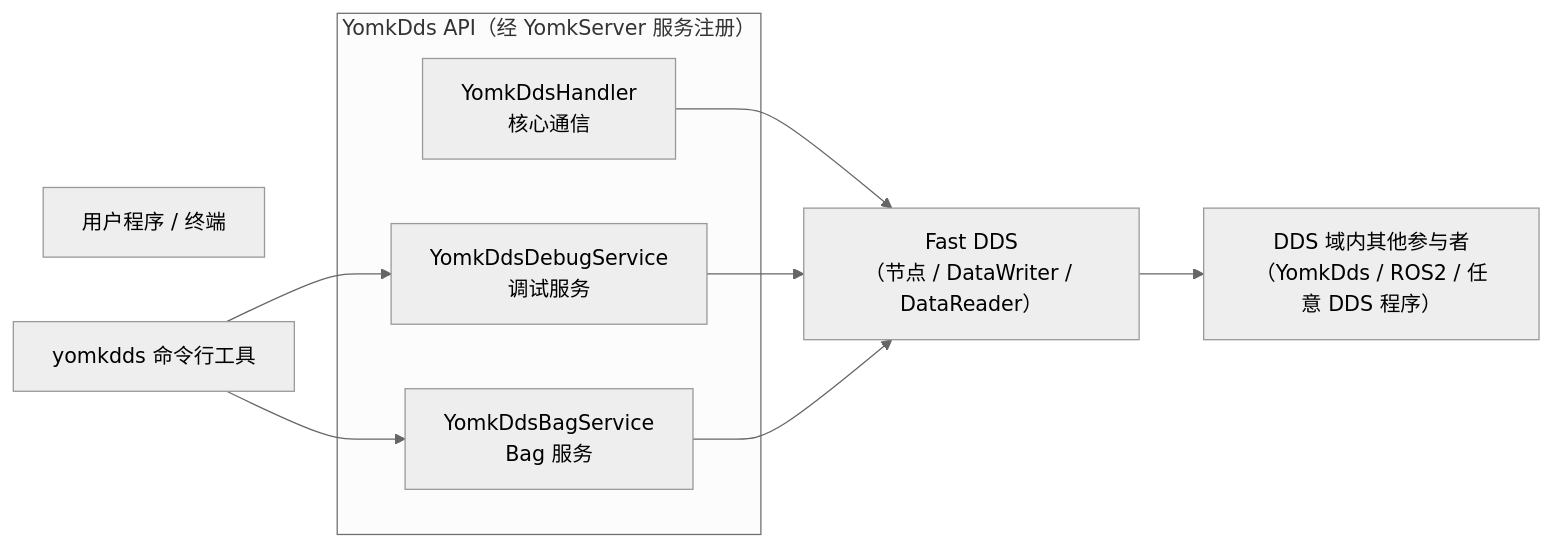
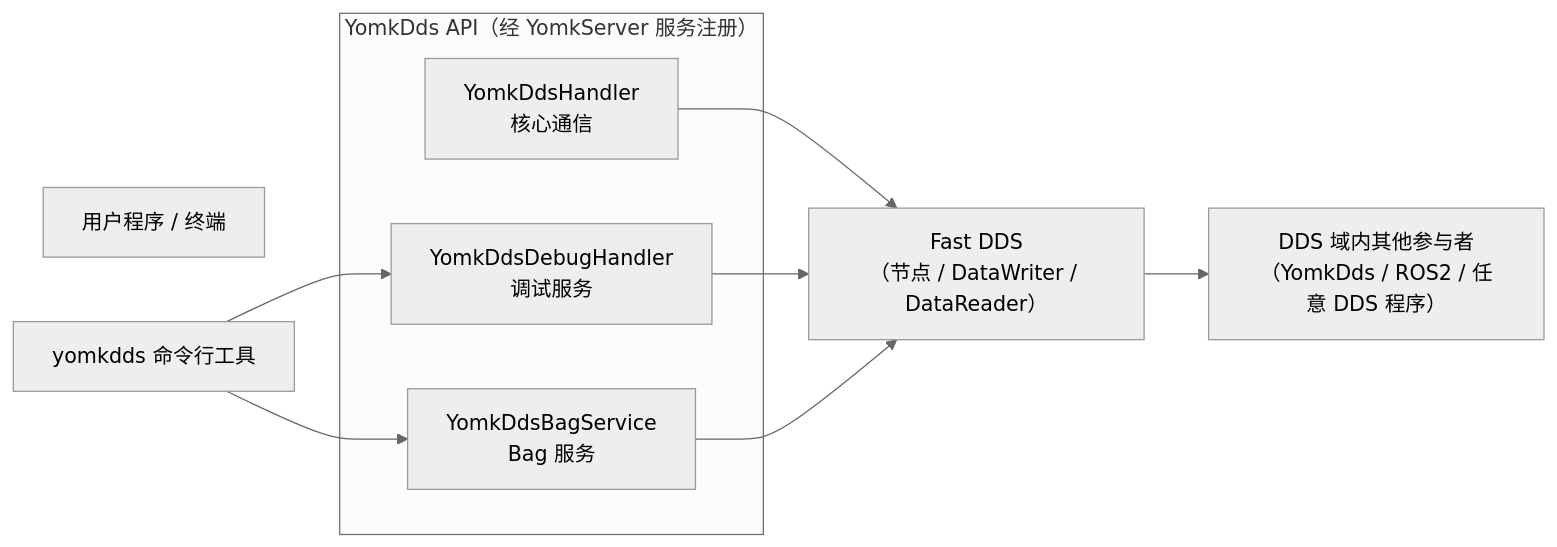
Before and after one commit to Solitude-5309/YomkDds: the diagram in docs/features/README.md, drawn with Mermaid (neutral theme). The commit also changed other lines of this file and 24 other files, not shown here.

Commit message:
refactor!: rename debug suite to YomkDdsDebugHandler and move routes to /YomkDdsDebugHandler/*

````diff
--- a/docs/features/README.md
+++ b/docs/features/README.md
@@ -12,19 +12,19 @@
 ```mermaid
 flowchart LR
     U["用户程序 / 终端"]
 
     subgraph YomkDds["YomkDds API（经 YomkServer 服务注册）"]
         S1["YomkDdsHandler<br>核心通信"]
-        S2["YomkDdsDebugService<br>调试服务"]
+        S2["YomkDdsDebugHandler<br>调试服务"]
         S3["YomkDdsBagService<br>Bag 服务"]
     end
 
     CLI["yomkdds 命令行工具"]
 
     S1 --> D["Fast DDS<br>（节点 / DataWriter / DataReader）"]
     S2 --> D
     S3 --> D
     CLI --> S2
     CLI --> S3
     D --> N["DDS 域内其他参与者<br>（YomkDds / ROS2 / 任意 DDS 程序）"]
 ```
````
